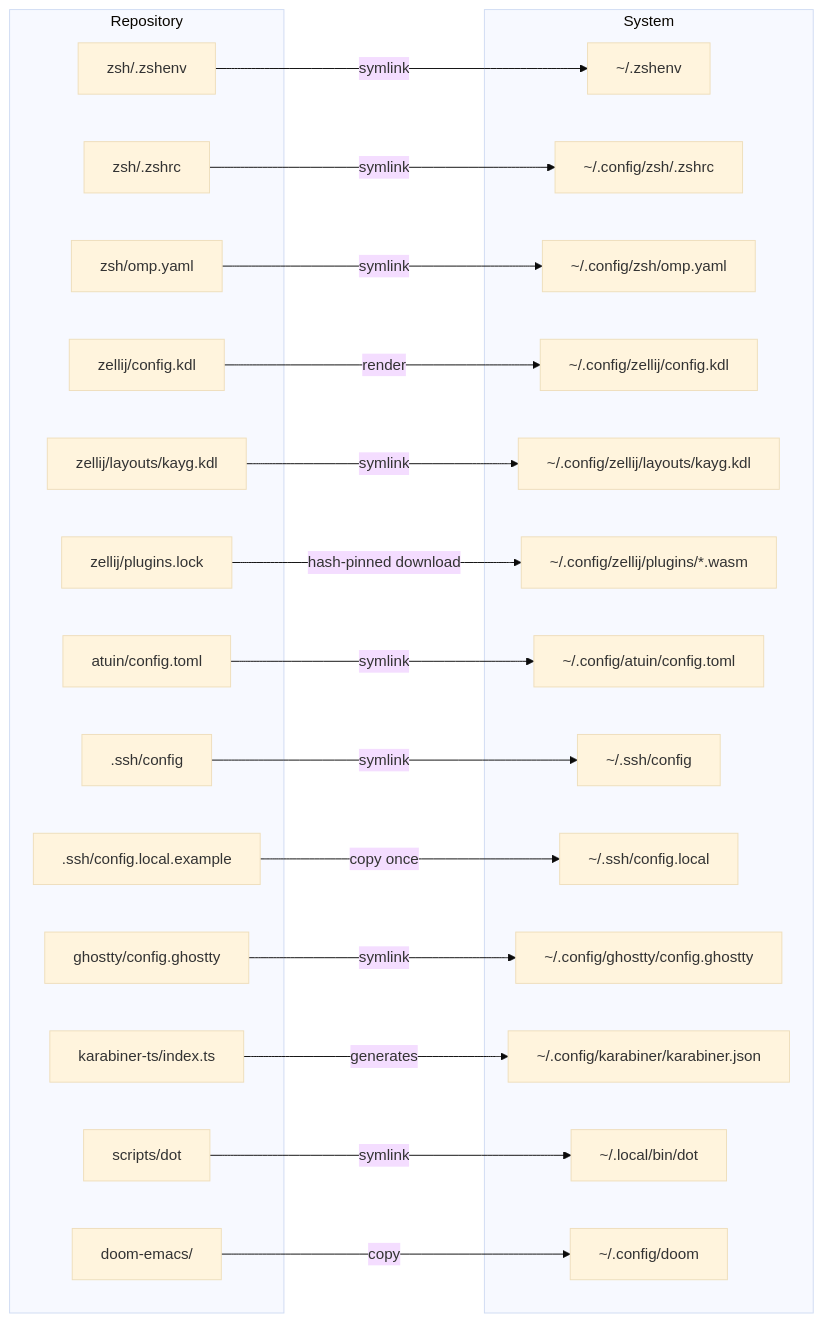
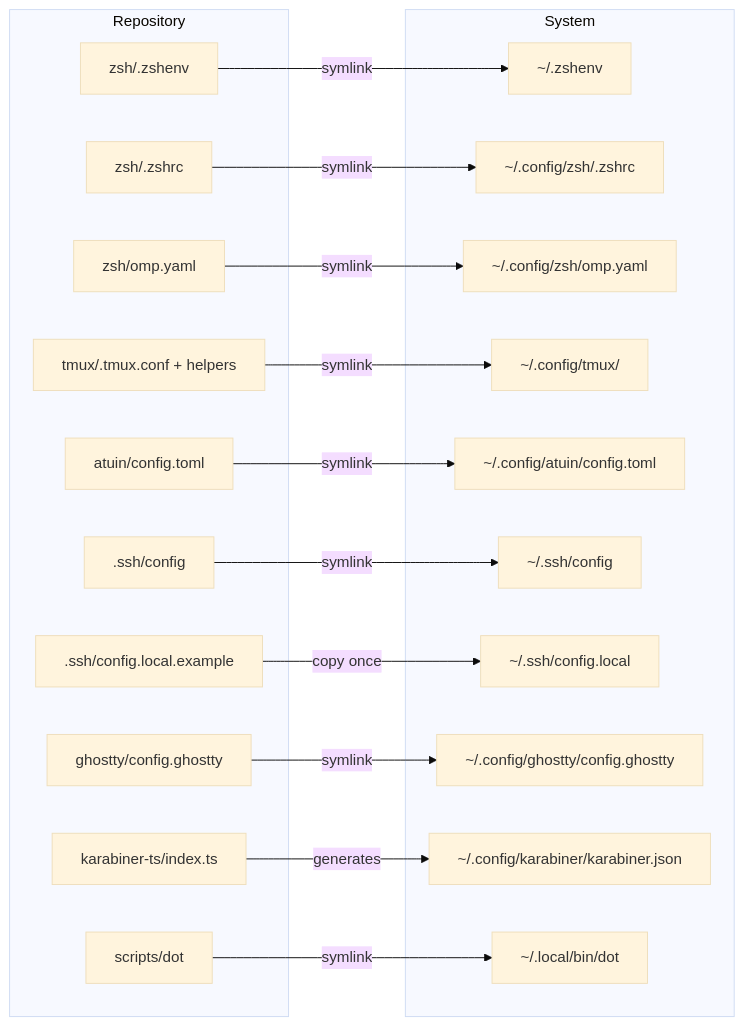
Before and after one commit to kaygdotorg/dotfiles: the diagram in README.md, drawn with Mermaid (base theme). The commit also changed other lines of this file and 21 other files, not shown here.

````diff
--- a/README.md
+++ b/README.md
@@ -169,48 +200,39 @@
 ```mermaid
 graph LR
     subgraph Repository
         A["zsh/.zshenv"]
         B["zsh/.zshrc"]
         C["zsh/omp.yaml"]
-        D["zellij/config.kdl"]
-        D2["zellij/layouts/kayg.kdl"]
-        D3["zellij/plugins.lock"]
+        T["tmux/.tmux.conf + helpers"]
         E["atuin/config.toml"]
         F[".ssh/config"]
         F2[".ssh/config.local.example"]
         I["ghostty/config.ghostty"]
         G["karabiner-ts/index.ts"]
         H["scripts/dot"]
-        X["doom-emacs/"]
     end
 
     subgraph System
         A1["~/.zshenv"]
         B1["~/.config/zsh/.zshrc"]
         C1["~/.config/zsh/omp.yaml"]
-        D1["~/.config/zellij/config.kdl"]
-        D21["~/.config/zellij/layouts/kayg.kdl"]
-        D31["~/.config/zellij/plugins/*.wasm"]
+        T1["~/.config/tmux/"]
         E1["~/.config/atuin/config.toml"]
         F1["~/.ssh/config"]
         F21["~/.ssh/config.local"]
         I1["~/.config/ghostty/config.ghostty"]
         G1["~/.config/karabiner/karabiner.json"]
         H1["~/.local/bin/dot"]
-        X1["~/.config/doom"]
     end
 
     A -->|symlink| A1
     B -->|symlink| B1
     C -->|symlink| C1
-    D -->|render| D1
-    D2 -->|symlink| D21
-    D3 -->|hash-pinned download| D31
+    T -->|symlink| T1
     E -->|symlink| E1
     F -->|symlink| F1
     F2 -->|copy once| F21
     I -->|symlink| I1
     G -->|generates| G1
     H -->|symlink| H1
-    X -->|copy| X1
 ```
````
